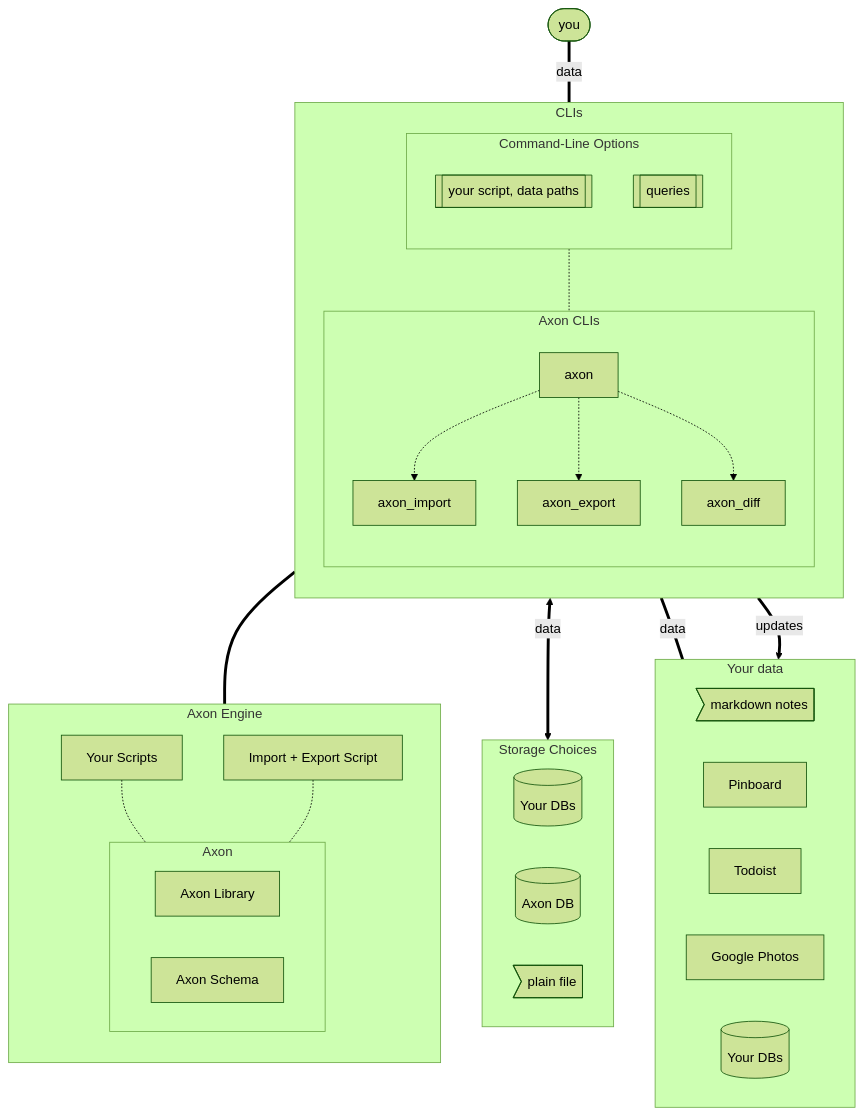
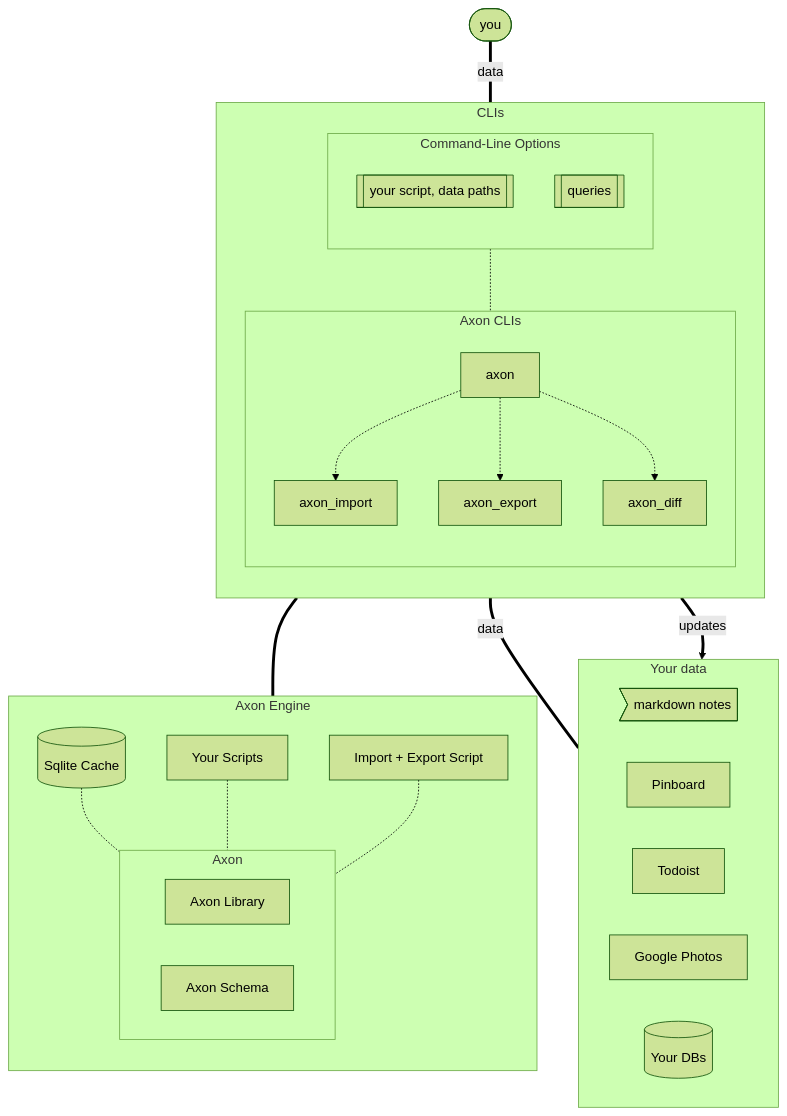
Before and after one commit to rgrannell1/axon: the diagram in README.md, drawn with Mermaid (forest theme). The commit also changed 1 other file, not shown here.

Commit message:
updated graph

````diff
--- a/README.md
+++ b/README.md
@@ -5,64 +5,55 @@
 ```mermaid
 flowchart TB
 
   you([you])
 
   you ===|data|CLIs
 
   subgraph Axon[Axon Engine]
     direction TB
 
     subgraph AxonCore[Axon]
       library[Axon Library]
       schemas[Axon Schema]
     end
-    click AxonCore "https://github.com/rgrannell1/axon/tree/main/src" "axon source-code"
 
+    sqlite[(Sqlite Cache)] -.- AxonCore
     yourscripts[Your Scripts] -.- AxonCore
     pbscript[Import + Export Script] -.- AxonCore
   end
 
   CLIs === Axon
 
   subgraph CLIs[CLIs]
     direction TB
 
     subgraph Opts[Command-Line Options]
       direction TB
 
       opts_1[[your script, data paths]]
       opts_3[[queries]]
     end
 
     subgraph Rest[Axon CLIs]
       direction TB
 
       axon -.-> axon_import
       axon -.-> axon_export
       axon -.-> axon_diff
     end
 
     Opts -.- Rest
 
   end
 
-  CLIs <==>|data| Storage
-
-  subgraph Storage[Storage Choices]
-    external_db[(Your DBs)]
-    axon_db[(Axon DB)]
-
-    plain_file>plain file]
-  end
-
   subgraph Sources[Your data]
     md_node>markdown notes]
     pinboard[Pinboard]
     todoist[Todoist]
     photos[Google Photos]
     dbs[(Your DBs)]
   end
 
   CLIs ===|data| Sources
   CLIs ==>|updates| Sources
 ```
````
